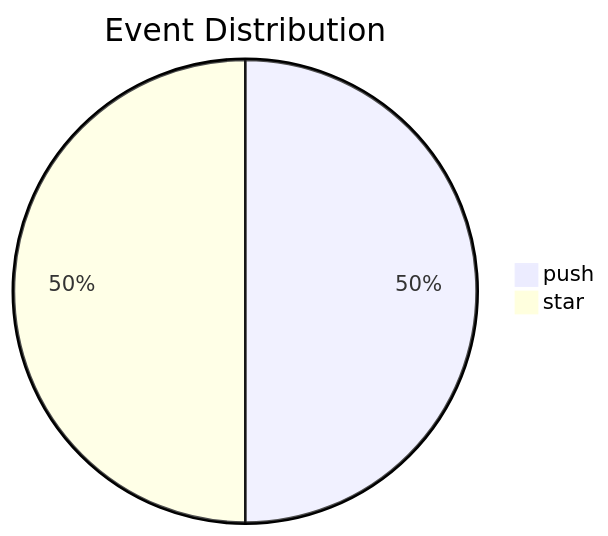
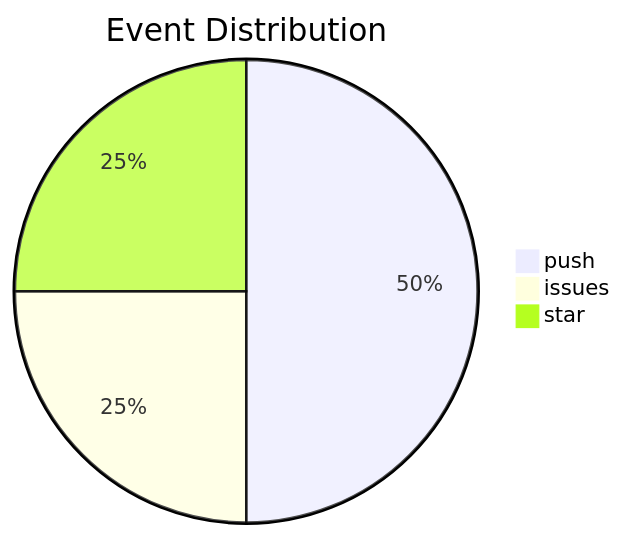
One commit to lunarshe11/lunarshe11 changed the second of 3 diagrams in README.md. Above: the diagram before and after it, drawn with Mermaid. The commit also changed other lines of this file, not shown here.

````diff
--- a/README.md
+++ b/README.md
@@ -30,5 +30,6 @@
 ```mermaid
 pie title Event Distribution
-    "push" : 1
+    "push" : 2
+    "issues" : 1
     "star" : 1
 ```
````
